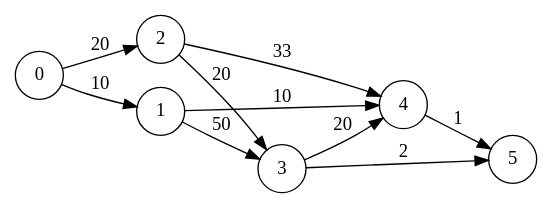
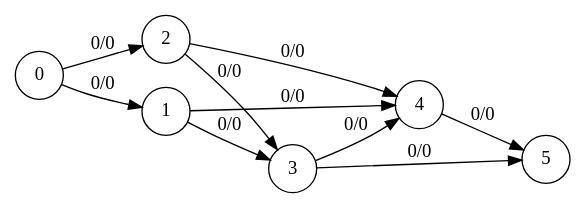
The diagram in graphs/graph5.dot (aurelienmichaud/ocaml-ford-fulkerson), drawn with Graphviz before and after one commit. The commit also changed 23 other files, not shown here.

Commit message:
repair export and tested flownet svg on flownet10

```diff
--- a/graphs/graph5.dot
+++ b/graphs/graph5.dot
@@ -1,14 +1,13 @@
 digraph finite_state_machine {
 	rankdir=LR;
-	size="8,5"
 	node [shape = circle];
-	0 -> 1 [ label = "10" ];
-	0 -> 2 [ label = "20" ];
-	1 -> 3 [ label = "50" ];
-	1 -> 4 [ label = "10" ];
-	2 -> 3 [ label = "20" ];
-	2 -> 4 [ label = "33" ];
-	4 -> 5 [ label = "1" ];
-	3 -> 4 [ label = "20" ];
-	3 -> 5 [ label = "2" ];
+	0 -> 1 [ label = "0/0" ];
+	0 -> 2 [ label = "0/0" ];
+	1 -> 3 [ label = "0/0" ];
+	1 -> 4 [ label = "0/0" ];
+	2 -> 3 [ label = "0/0" ];
+	2 -> 4 [ label = "0/0" ];
+	4 -> 5 [ label = "0/0" ];
+	3 -> 4 [ label = "0/0" ];
+	3 -> 5 [ label = "0/0" ];
 }
```
